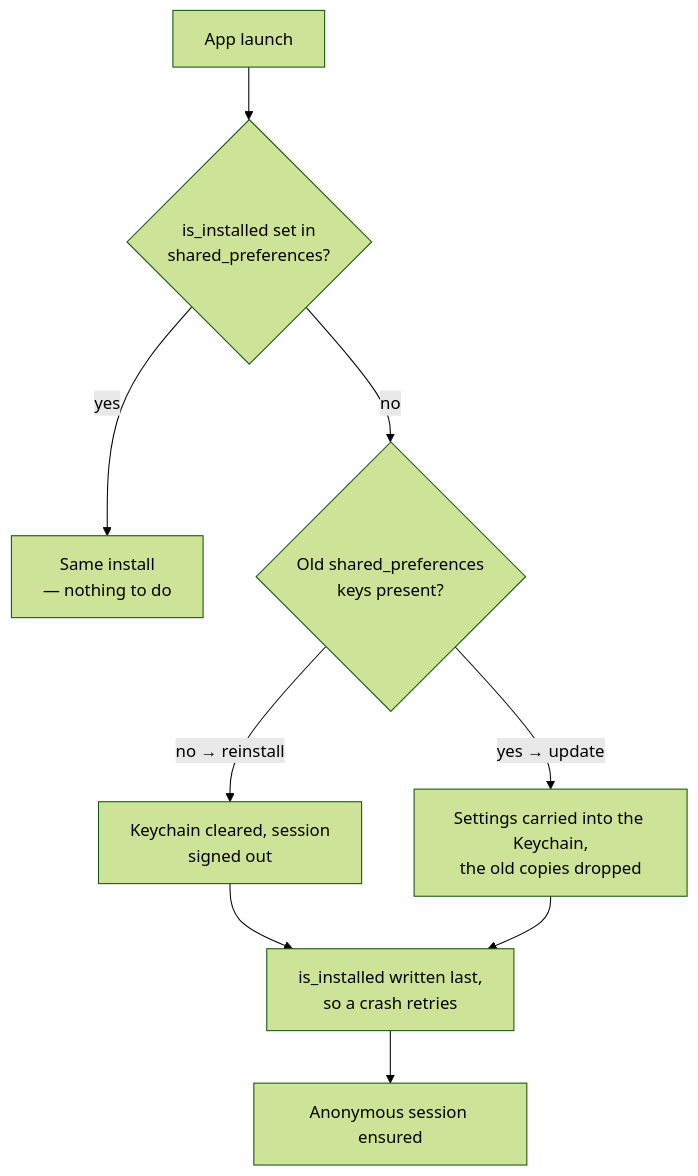
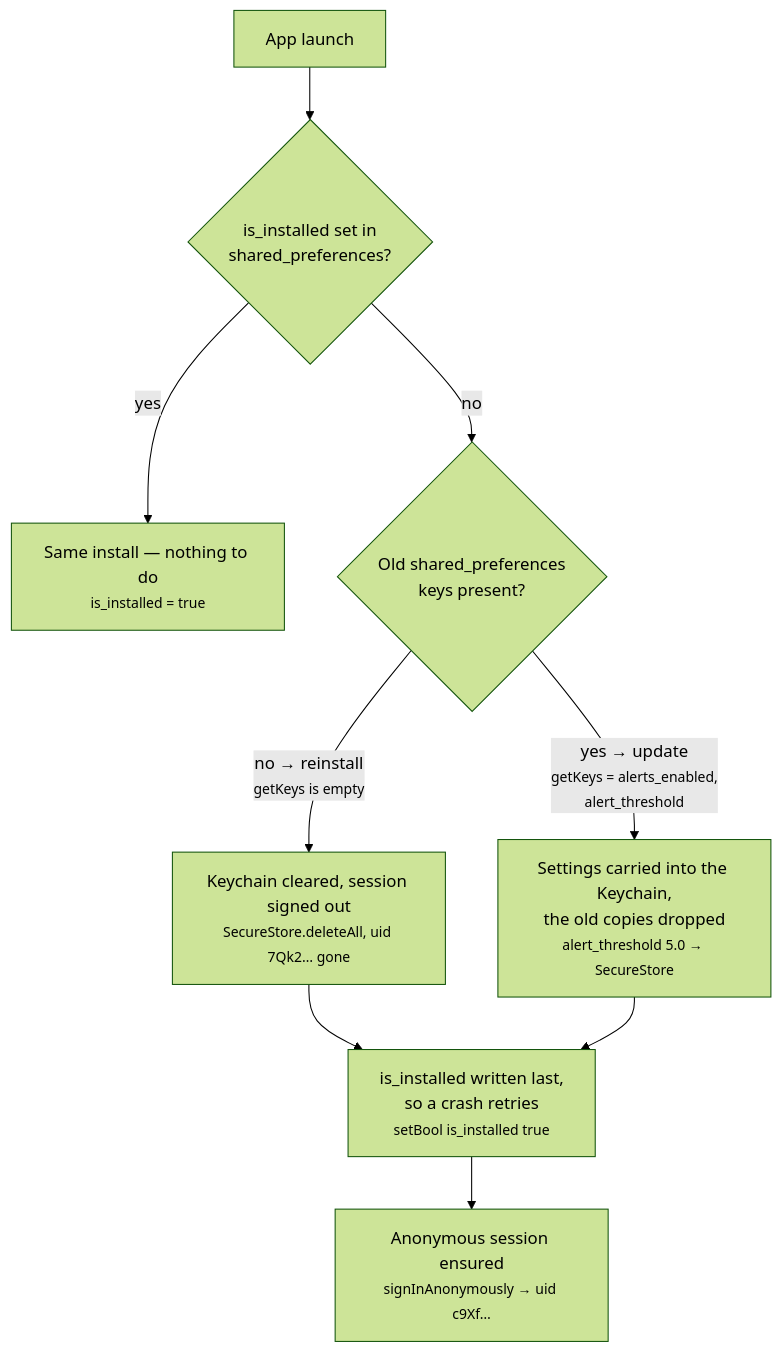
Before and after one commit to DAMHONGDUC/migraine-tracker: the first of 3 diagrams in README.md, drawn with Mermaid (forest theme). The commit also changed other lines of this file and 4 other files, not shown here.

````diff
--- a/README.md
+++ b/README.md
@@ -167,11 +167,11 @@
 ```mermaid
 flowchart TD
   A["App launch"] --> B{"is_installed set in<br/>shared_preferences?"}
-  B -- "yes" --> C["Same install<br/>— nothing to do"]
+  B -- "yes" --> C["Same install — nothing to do<br/><small>is_installed = true</small>"]
   B -- "no" --> D{"Old shared_preferences<br/>keys present?"}
-  D -- "no → reinstall" --> E["Keychain cleared, session<br/>signed out"]
-  D -- "yes → update" --> F["Settings carried into the Keychain,<br/>the old copies dropped"]
+  D -- "no → reinstall<br/><small>getKeys is empty</small>" --> E["Keychain cleared, session signed out<br/><small>SecureStore.deleteAll, uid 7Qk2… gone</small>"]
+  D -- "yes → update<br/><small>getKeys = alerts_enabled,<br/>alert_threshold</small>" --> F["Settings carried into the Keychain,<br/>the old copies dropped<br/><small>alert_threshold 5.0 → SecureStore</small>"]
   E --> H
-  F --> H["is_installed written last,<br/>so a crash retries"]
-  H --> I["Anonymous session ensured"]
+  F --> H["is_installed written last,<br/>so a crash retries<br/><small>setBool is_installed true</small>"]
+  H --> I["Anonymous session ensured<br/><small>signInAnonymously → uid c9Xf…</small>"]
 ```
````
